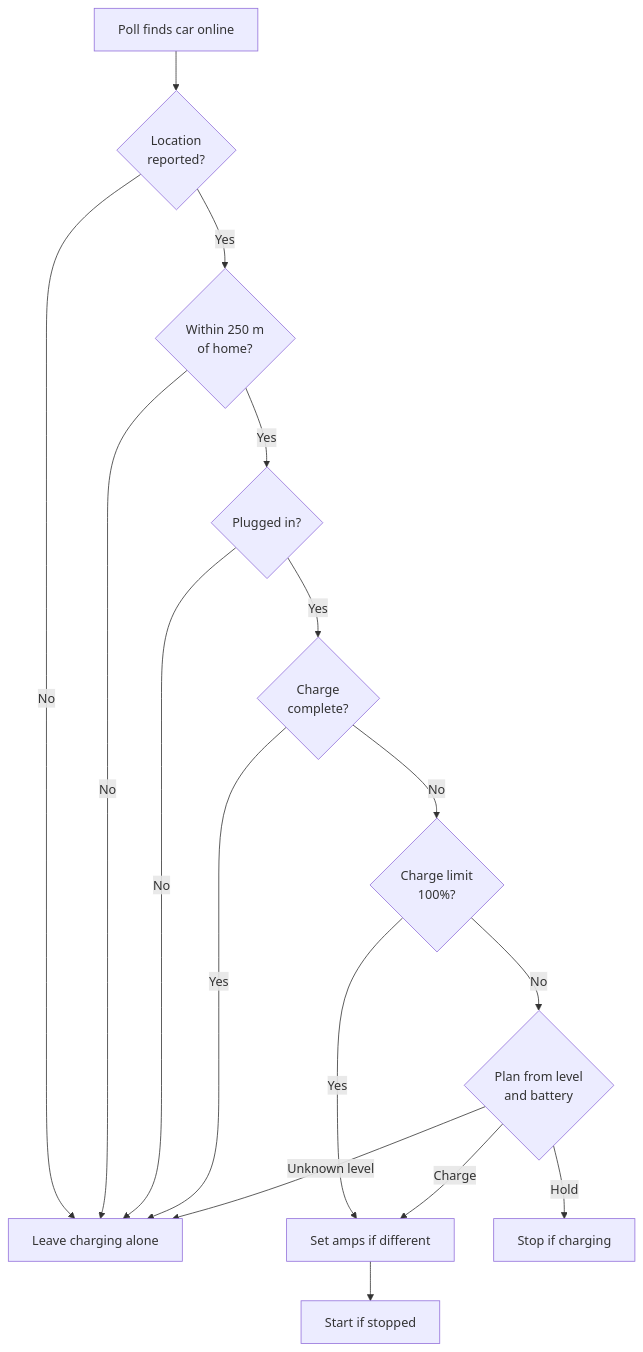
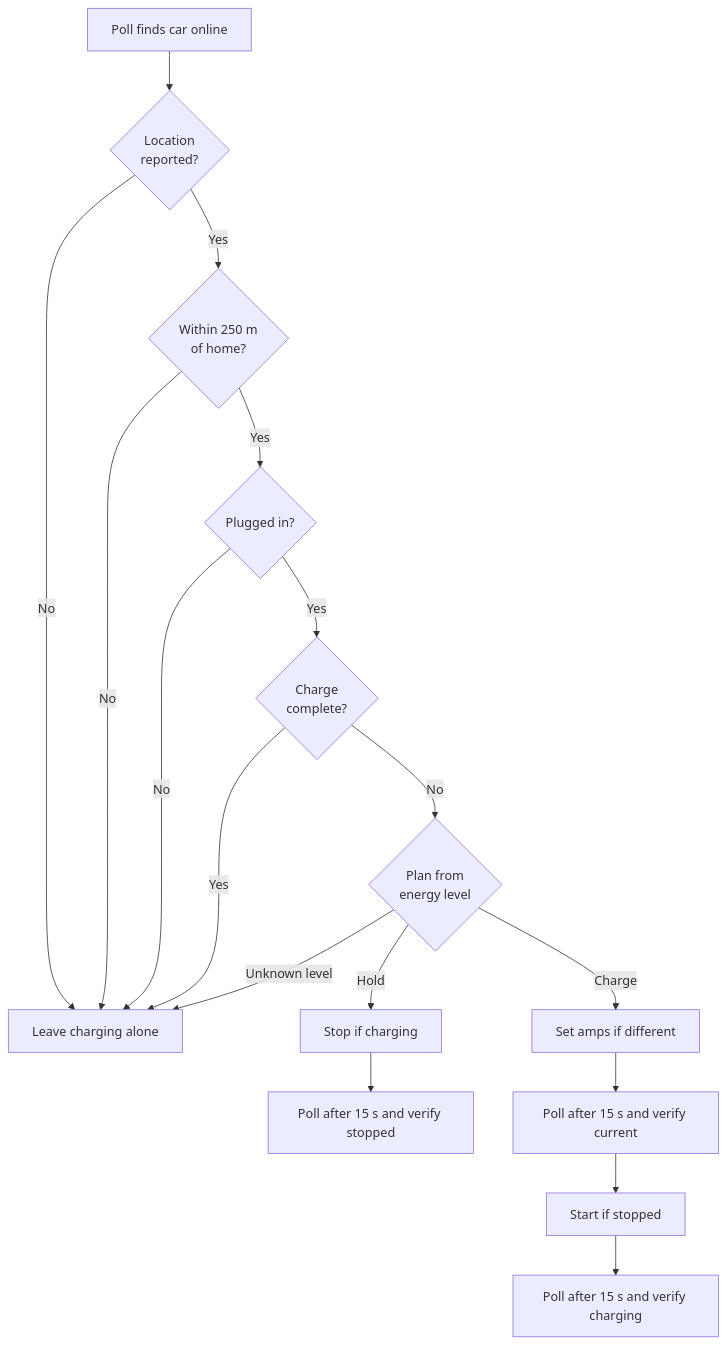
The first of 2 diagrams in docs/flows/TESLA_ENERGY_CHARGING.md (NickBorgers/home-automation), drawn with Mermaid before and after one commit. The commit also changed other lines of this file and 4 other files, not shown here.

Commit message:
Fix Tesla energy charging policy

````diff
--- a/docs/flows/TESLA_ENERGY_CHARGING.md
+++ b/docs/flows/TESLA_ENERGY_CHARGING.md
@@ -25,18 +23,19 @@
 ```mermaid
 flowchart TD
     Poll[Poll finds car online] --> Loc{Location<br/>reported?}
     Loc -->|No| Leave[Leave charging alone]
     Loc -->|Yes| Home{Within 250 m<br/>of home?}
     Home -->|No| Leave
     Home -->|Yes| Plug{Plugged in?}
     Plug -->|No| Leave
     Plug -->|Yes| Full{Charge<br/>complete?}
     Full -->|Yes| Leave
-    Full -->|No| Limit{Charge limit<br/>100%?}
-    Limit -->|Yes| Amps
-    Limit -->|No| Plan{Plan from level<br/>and battery}
+    Full -->|No| Plan{Plan from<br/>energy level}
     Plan -->|Hold| Stop[Stop if charging]
+    Stop --> Verify[Poll after 15 s and verify stopped]
     Plan -->|Charge| Amps[Set amps if different]
-    Amps --> Start[Start if stopped]
+    Amps --> VerifyCharge[Poll after 15 s and verify current]
+    VerifyCharge --> Start[Start if stopped]
+    Start --> VerifyStart[Poll after 15 s and verify charging]
     Plan -->|Unknown level| Leave
 ```
````
